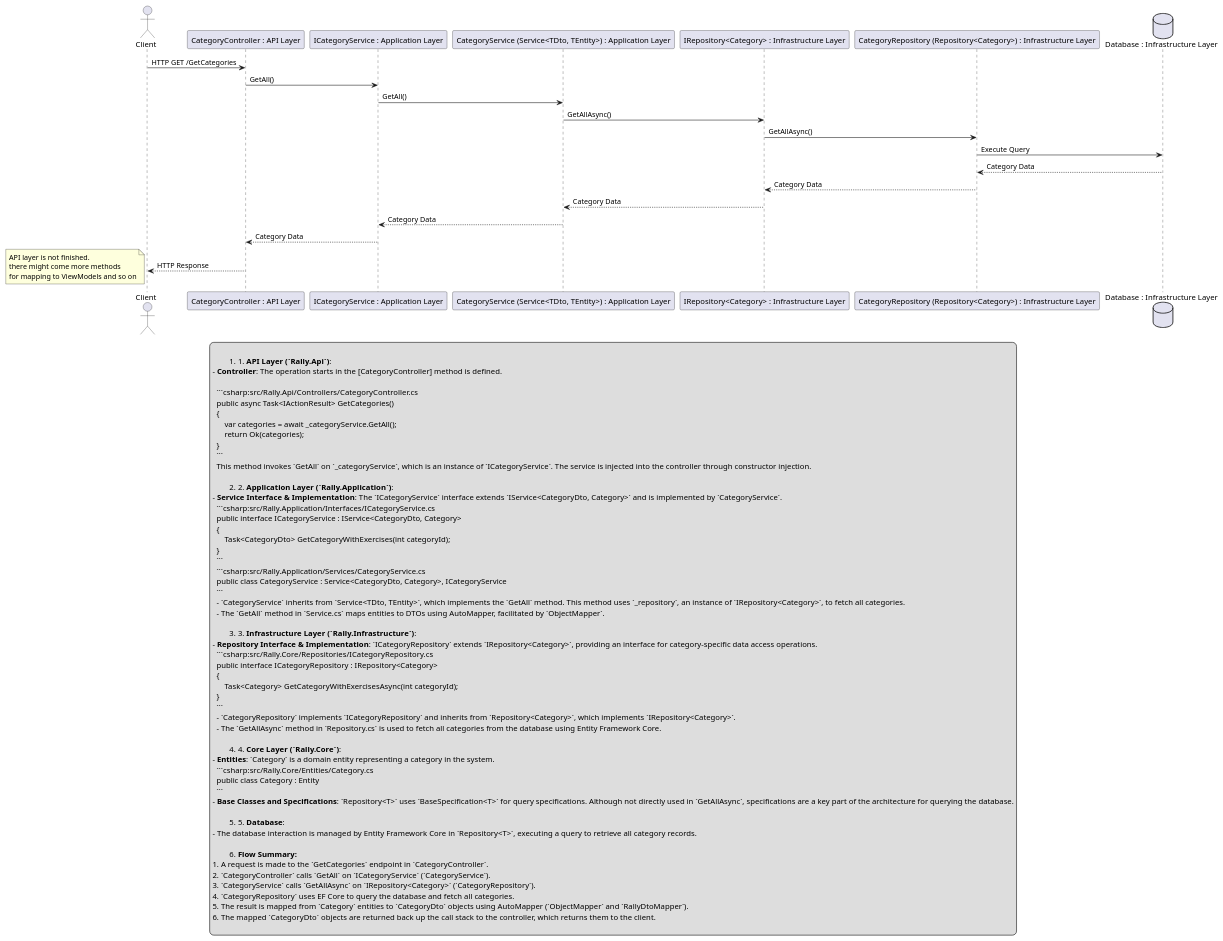
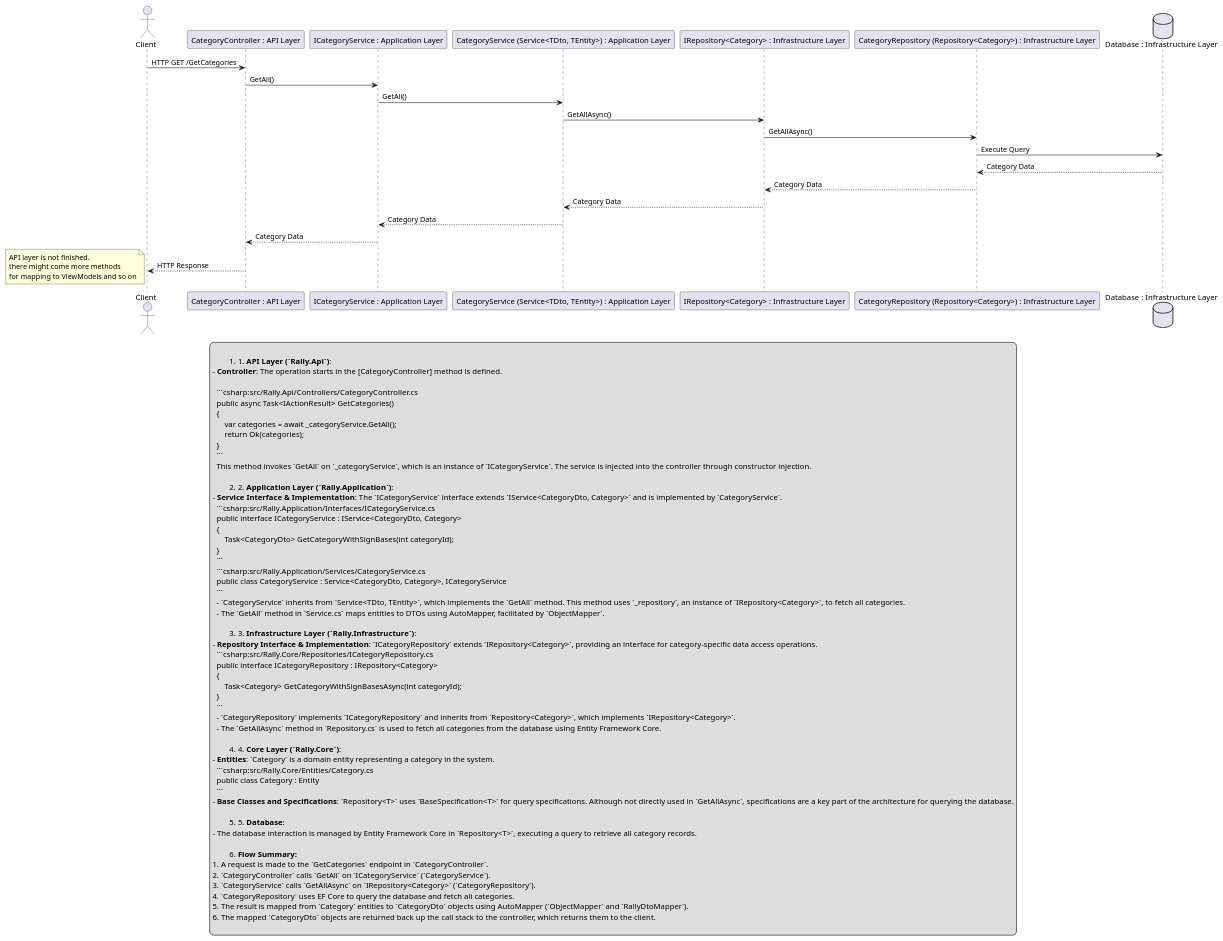
The diagram in Dodumentation/SD_GetCategories.wsd (DMOoF23-Team7-CAT/Project-Team7-Semester3), drawn with PlantUML before and after one commit. The commit also changed 32 other files, not shown here.

````diff
--- a/Dodumentation/SD_GetCategories.wsd
+++ b/Dodumentation/SD_GetCategories.wsd
@@ -3,92 +3,92 @@
 @startuml Sequence Diagram GetCategories
 
 
 
 actor Client
 participant "CategoryController : API Layer" as Controller
 participant "ICategoryService : Application Layer" as Service
 participant "CategoryService (Service<TDto, TEntity>) : Application Layer" as ServiceImpl
 participant "IRepository<Category> : Infrastructure Layer" as RepoInterface
 participant "CategoryRepository (Repository<Category>) : Infrastructure Layer" as RepoImpl
 database "Database : Infrastructure Layer" as Database
 
 
 Client -> Controller : HTTP GET /GetCategories
 Controller -> Service : GetAll()
 Service -> ServiceImpl : GetAll()
 ServiceImpl -> RepoInterface : GetAllAsync()
 RepoInterface -> RepoImpl : GetAllAsync()
 RepoImpl -> Database : Execute Query
 Database --> RepoImpl : Category Data
 RepoImpl --> RepoInterface : Category Data
 RepoInterface --> ServiceImpl : Category Data
 ServiceImpl --> Service : Category Data
 Service --> Controller : Category Data
 Controller --> Client : HTTP Response
 
 note left
 API layer is not finished.
 there might come more methods
 for mapping to ViewModels and so on
 end note
 
 legend
 
 ### 1. **API Layer (`Rally.Api`)**:
 - **Controller**: The operation starts in the [CategoryController] method is defined.
 
   ```csharp:src/Rally.Api/Controllers/CategoryController.cs
   public async Task<IActionResult> GetCategories()
   {
       var categories = await _categoryService.GetAll();
       return Ok(categories);
   }
   ```
   This method invokes `GetAll` on `_categoryService`, which is an instance of `ICategoryService`. The service is injected into the controller through constructor injection.
 
 ### 2. **Application Layer (`Rally.Application`)**:
 - **Service Interface & Implementation**: The `ICategoryService` interface extends `IService<CategoryDto, Category>` and is implemented by `CategoryService`.
   ```csharp:src/Rally.Application/Interfaces/ICategoryService.cs
   public interface ICategoryService : IService<CategoryDto, Category>
   {
-      Task<CategoryDto> GetCategoryWithExercises(int categoryId);
+      Task<CategoryDto> GetCategoryWithSignBases(int categoryId);
   }
   ```
   ```csharp:src/Rally.Application/Services/CategoryService.cs
   public class CategoryService : Service<CategoryDto, Category>, ICategoryService
   ```
   - `CategoryService` inherits from `Service<TDto, TEntity>`, which implements the `GetAll` method. This method uses `_repository`, an instance of `IRepository<Category>`, to fetch all categories.
   - The `GetAll` method in `Service.cs` maps entities to DTOs using AutoMapper, facilitated by `ObjectMapper`.
 
 ### 3. **Infrastructure Layer (`Rally.Infrastructure`)**:
 - **Repository Interface & Implementation**: `ICategoryRepository` extends `IRepository<Category>`, providing an interface for category-specific data access operations.
   ```csharp:src/Rally.Core/Repositories/ICategoryRepository.cs
   public interface ICategoryRepository : IRepository<Category>
   {
-      Task<Category> GetCategoryWithExercisesAsync(int categoryId);
+      Task<Category> GetCategoryWithSignBasesAsync(int categoryId);
   }
   ```
   - `CategoryRepository` implements `ICategoryRepository` and inherits from `Repository<Category>`, which implements `IRepository<Category>`.
   - The `GetAllAsync` method in `Repository.cs` is used to fetch all categories from the database using Entity Framework Core.
 
 ### 4. **Core Layer (`Rally.Core`)**:
 - **Entities**: `Category` is a domain entity representing a category in the system.
   ```csharp:src/Rally.Core/Entities/Category.cs
   public class Category : Entity
   ```
 - **Base Classes and Specifications**: `Repository<T>` uses `BaseSpecification<T>` for query specifications. Although not directly used in `GetAllAsync`, specifications are a key part of the architecture for querying the database.
 
 ### 5. **Database**:
 - The database interaction is managed by Entity Framework Core in `Repository<T>`, executing a query to retrieve all category records.
 
 ### **Flow Summary:**
 1. A request is made to the `GetCategories` endpoint in `CategoryController`.
 2. `CategoryController` calls `GetAll` on `ICategoryService` (`CategoryService`).
 3. `CategoryService` calls `GetAllAsync` on `IRepository<Category>` (`CategoryRepository`).
 4. `CategoryRepository` uses EF Core to query the database and fetch all categories.
 5. The result is mapped from `Category` entities to `CategoryDto` objects using AutoMapper (`ObjectMapper` and `RallyDtoMapper`).
 6. The mapped `CategoryDto` objects are returned back up the call stack to the controller, which returns them to the client.
 
 end legend
 
 @enduml
````
